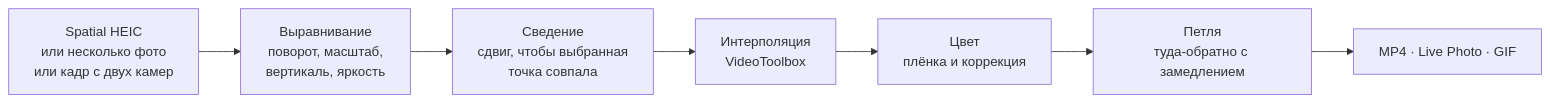
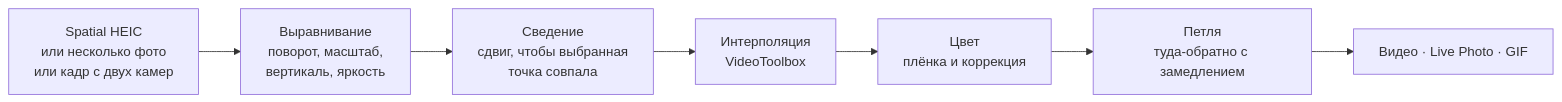
The diagram in README.ru.md (kpeeem/wiggle), drawn with Mermaid before and after one commit. The commit also changed other lines of this file and 22 other files, not shown here.

````diff
--- a/README.ru.md
+++ b/README.ru.md
@@ -75,9 +82,9 @@
 ```mermaid
 flowchart LR
     A[Spatial HEIC<br>или несколько фото<br>или кадр с двух камер] --> B[Выравнивание<br>поворот, масштаб,<br>вертикаль, яркость]
     B --> C[Сведение<br>сдвиг, чтобы выбранная<br>точка совпала]
     C --> D[Интерполяция<br>VideoToolbox]
     D --> E[Цвет<br>плёнка и коррекция]
     E --> F[Петля<br>туда-обратно с замедлением]
-    F --> G[MP4 · Live Photo · GIF]
+    F --> G[Видео · Live Photo · GIF]
 ```
````
